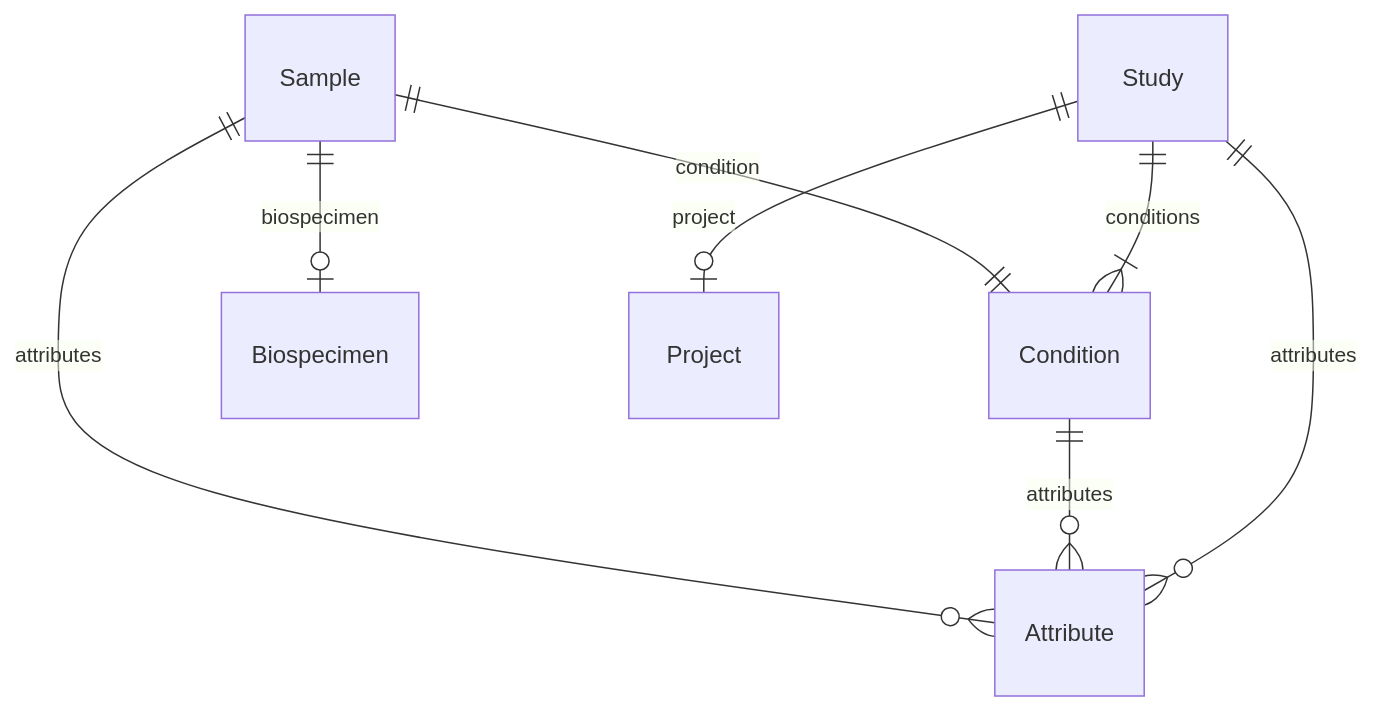
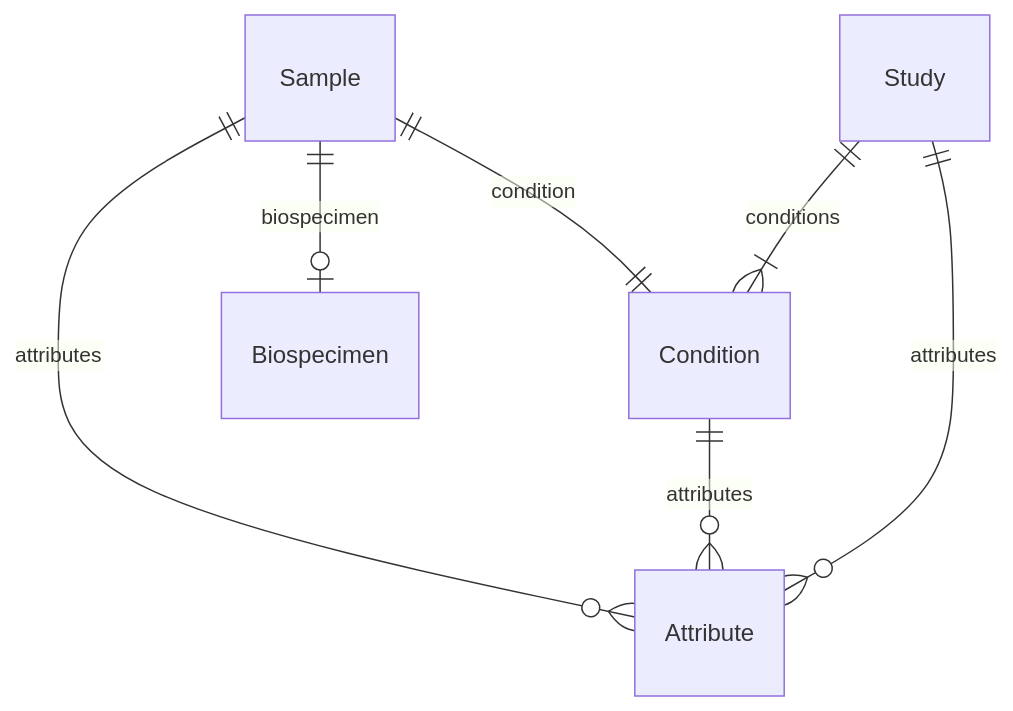
One commit to ghga-de/ghga-metadata-schema changed the fourth of 7 diagrams in docs/entity_relations.md. Above: the diagram before and after it, drawn with Mermaid. The commit also changed other lines of this file and 24 other files, not shown here.

````diff
--- a/docs/entity_relations.md
+++ b/docs/entity_relations.md
@@ -207,21 +201,20 @@
 ```mermaid
 erDiagram
 Sample {
 
 }
 Condition {
 
 }
 Study {
 
 }
 
 Sample ||--|o Biospecimen : "biospecimen"
 Sample ||--|| Condition : "condition"
 Sample ||--}o Attribute : "attributes"
 Condition ||--}o Attribute : "attributes"
-Study ||--|o Project : "project"
 Study ||--}| Condition : "conditions"
 Study ||--}o Attribute : "attributes"
 
 ```
````
